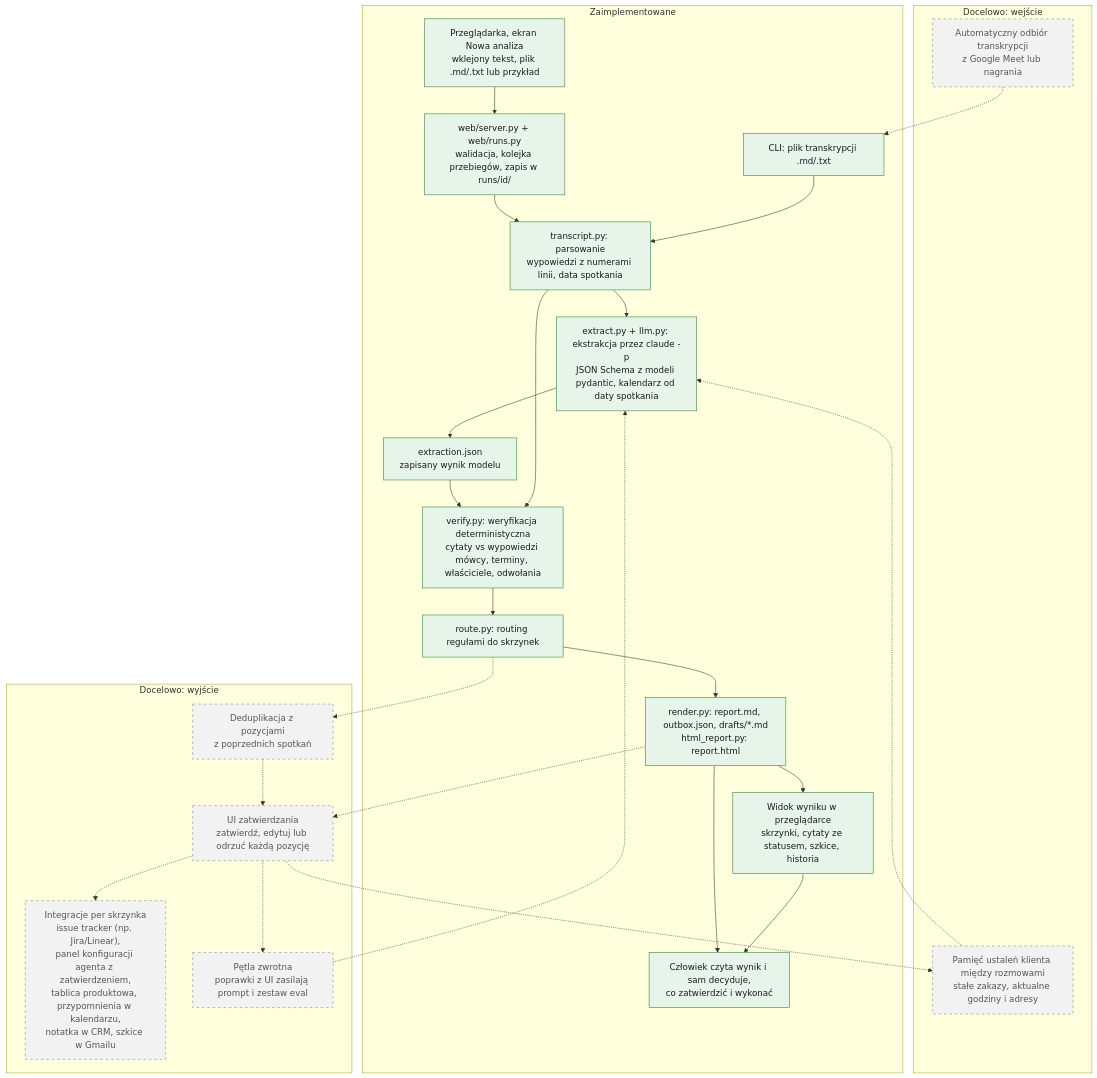
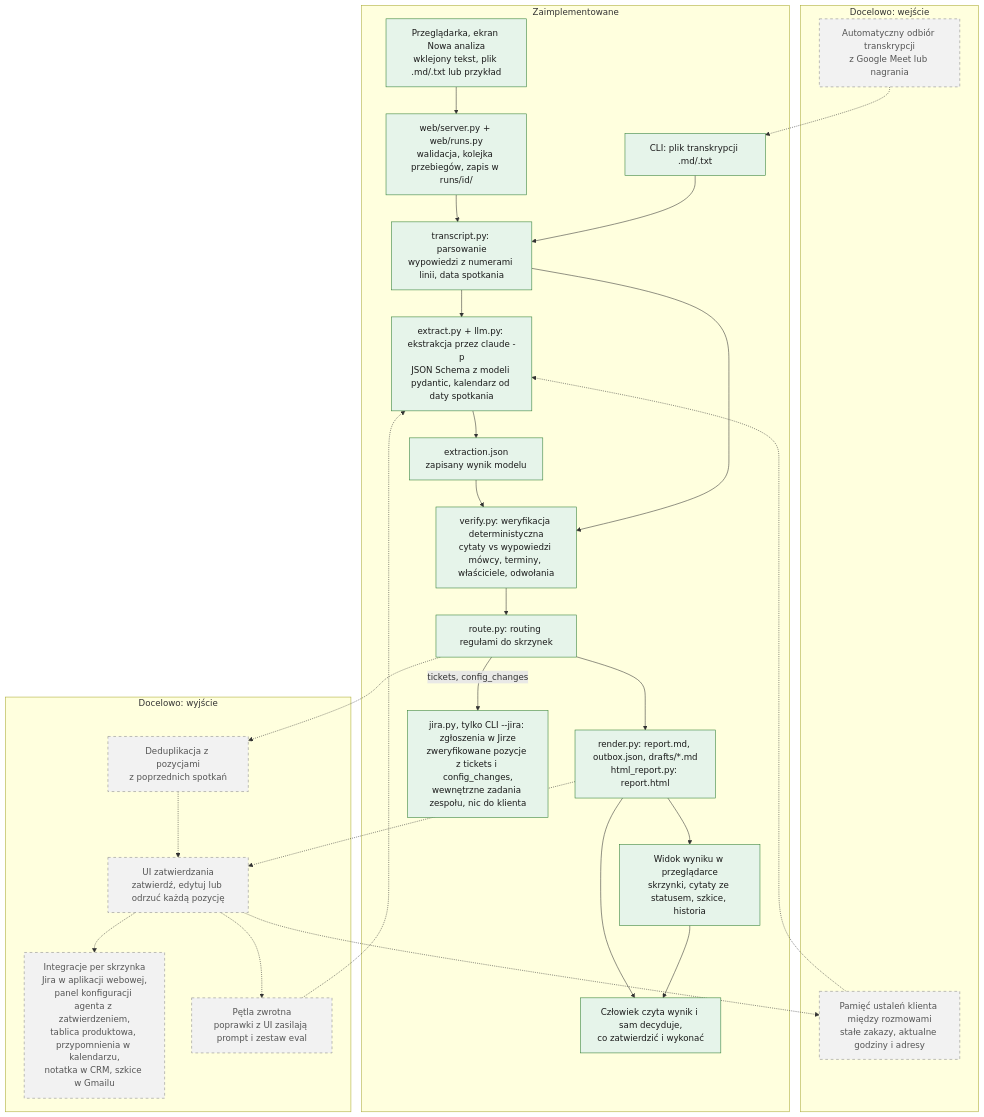
One commit to MaciejZiel/recruitment-task changed the first of 2 diagrams in docs/process.md. Above: the diagram before and after it, drawn with Mermaid. The commit also changed other lines of this file and 3 other files, not shown here.

First line of the commit message:
Document Jira in the CLI, FitStudio evaluation and current state

````diff
--- a/docs/process.md
+++ b/docs/process.md
@@ -20,55 +20,57 @@
 ```mermaid
 flowchart TD
     subgraph FUTURE_IN["Docelowo: wejście"]
         MEET["Automatyczny odbiór transkrypcji<br/>z Google Meet lub nagrania"]
         MEM["Pamięć ustaleń klienta między rozmowami<br/>stałe zakazy, aktualne godziny i adresy"]
     end
 
     subgraph DEMO["Zaimplementowane"]
         WIN["Przeglądarka, ekran Nowa analiza<br/>wklejony tekst, plik .md/.txt lub przykład"]
         WQ["web/server.py + web/runs.py<br/>walidacja, kolejka przebiegów, zapis w runs/id/"]
         T["CLI: plik transkrypcji .md/.txt"]
         P["transcript.py: parsowanie<br/>wypowiedzi z numerami linii, data spotkania"]
         E["extract.py + llm.py: ekstrakcja przez claude -p<br/>JSON Schema z modeli pydantic, kalendarz od daty spotkania"]
         J["extraction.json<br/>zapisany wynik modelu"]
         V["verify.py: weryfikacja deterministyczna<br/>cytaty vs wypowiedzi mówcy, terminy, właściciele, odwołania"]
         R["route.py: routing regułami do skrzynek"]
         OUT["render.py: report.md, outbox.json, drafts/*.md<br/>html_report.py: report.html"]
         WR["Widok wyniku w przeglądarce<br/>skrzynki, cytaty ze statusem, szkice, historia"]
         H["Człowiek czyta wynik i sam decyduje,<br/>co zatwierdzić i wykonać"]
+        JIRA["jira.py, tylko CLI --jira: zgłoszenia w Jirze<br/>zweryfikowane pozycje z tickets i config_changes,<br/>wewnętrzne zadania zespołu, nic do klienta"]
     end
 
     subgraph FUTURE_OUT["Docelowo: wyjście"]
         DEDUP["Deduplikacja z pozycjami<br/>z poprzednich spotkań"]
         UI["UI zatwierdzania<br/>zatwierdź, edytuj lub odrzuć każdą pozycję"]
-        INT["Integracje per skrzynka<br/>issue tracker (np. Jira/Linear),<br/>panel konfiguracji agenta z zatwierdzeniem,<br/>tablica produktowa, przypomnienia w kalendarzu,<br/>notatka w CRM, szkice w Gmailu"]
+        INT["Integracje per skrzynka<br/>Jira w aplikacji webowej,<br/>panel konfiguracji agenta z zatwierdzeniem,<br/>tablica produktowa, przypomnienia w kalendarzu,<br/>notatka w CRM, szkice w Gmailu"]
         FB["Pętla zwrotna<br/>poprawki z UI zasilają prompt i zestaw eval"]
     end
 
     MEET -.-> T
     WIN --> WQ
     WQ --> P
     T --> P
     P --> E
     MEM -.-> E
     E --> J
     J --> V
     P --> V
     V --> R
     R --> OUT
+    R -->|"tickets, config_changes"| JIRA
     OUT --> WR
     OUT --> H
     WR --> H
     R -.-> DEDUP
     DEDUP -.-> UI
     OUT -.-> UI
     UI -.-> INT
     UI -.-> FB
     FB -.-> E
     UI -.-> MEM
 
     classDef impl fill:#e6f4ea,stroke:#2e7d32,color:#1b1b1b
     classDef future fill:#f2f2f2,stroke:#888888,stroke-dasharray:5 5,color:#555555
-    class WIN,WQ,T,P,E,J,V,R,OUT,WR,H impl
+    class WIN,WQ,T,P,E,J,V,R,OUT,WR,H,JIRA impl
     class MEET,MEM,DEDUP,UI,INT,FB future
 ```
````
